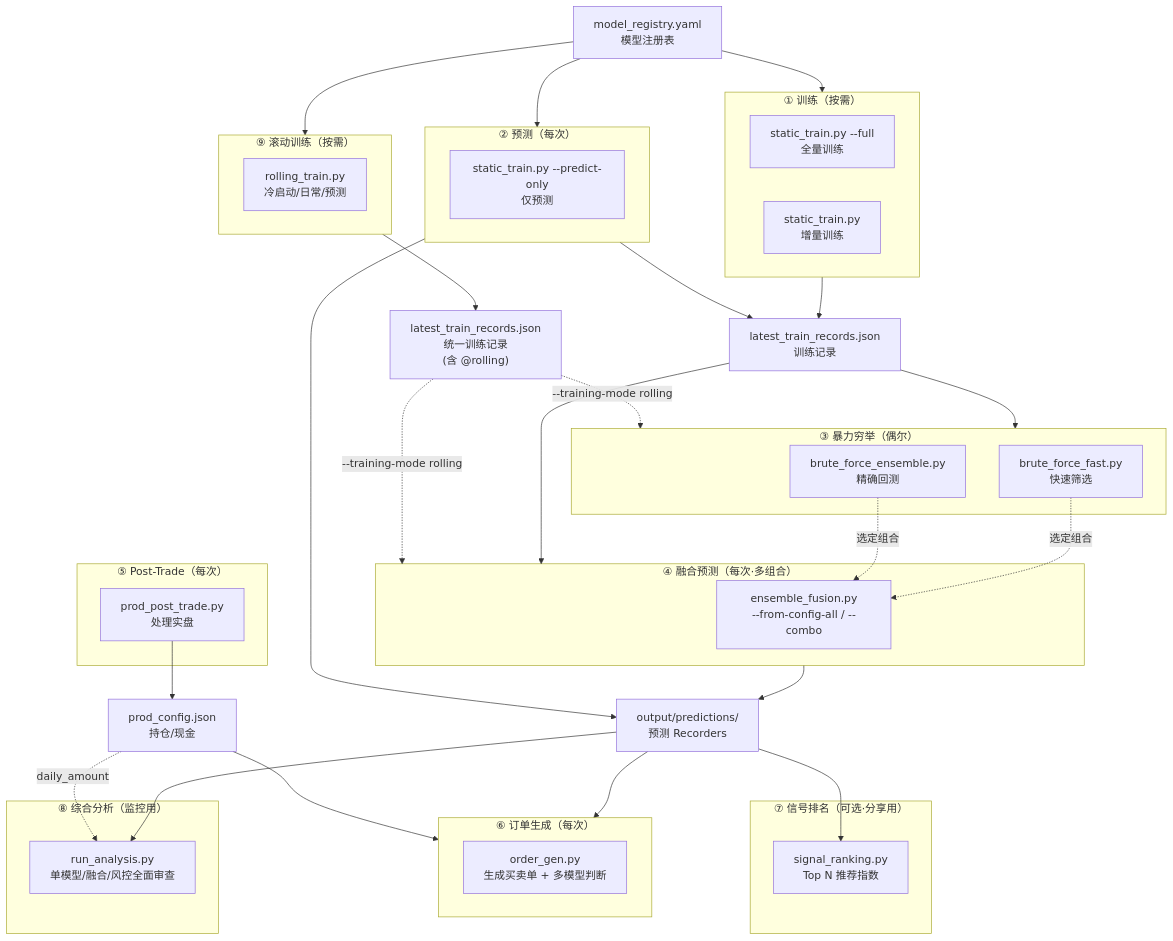
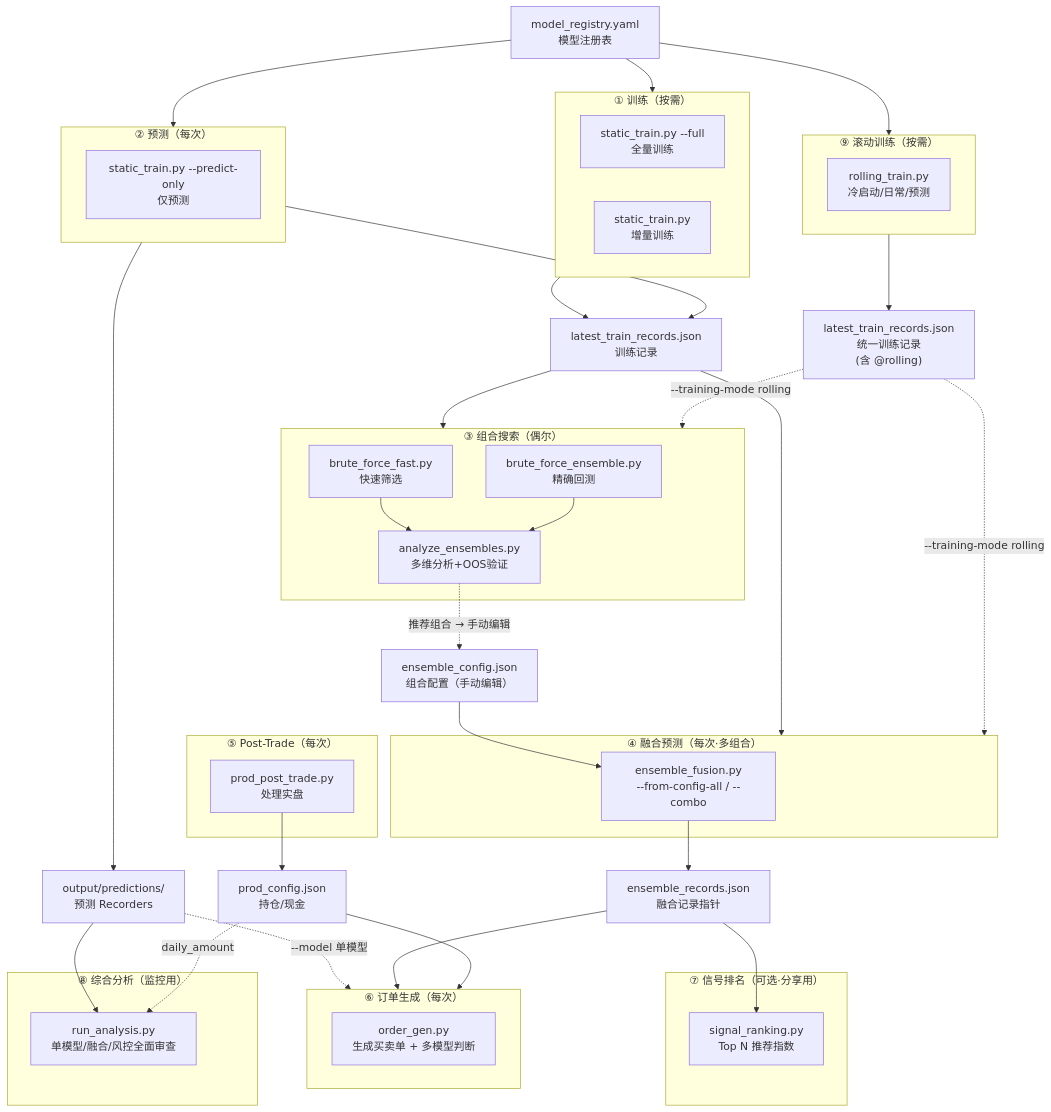
The diagram in docs/00_SYSTEM_OVERVIEW.md (HalcyonByh/QuantPits), drawn with Mermaid before and after one commit. The commit also changed other lines of this file and 11 other files, not shown here.

````diff
--- a/docs/00_SYSTEM_OVERVIEW.md
+++ b/docs/00_SYSTEM_OVERVIEW.md
@@ -46,67 +46,74 @@
 ```mermaid
 flowchart TB
     subgraph TRAIN["① 训练（按需）"]
         TP["static_train.py --full<br/>全量训练"]
         IT["static_train.py<br/>增量训练"]
     end
 
     subgraph ROLLING["⑨ 滚动训练（按需）"]
         RT["rolling_train.py<br/>冷启动/日常/预测"]
     end
 
     subgraph PREDICT["② 预测（每次）"]
         PO["static_train.py --predict-only<br/>仅预测"]
     end
 
-    subgraph BRUTEFORCE["③ 暴力穷举（偶尔）"]
+    subgraph SEARCH["③ 组合搜索（偶尔）"]
         BF["brute_force_ensemble.py<br/>精确回测"]
         BFF["brute_force_fast.py<br/>快速筛选"]
+        AE["analyze_ensembles.py<br/>多维分析+OOS验证"]
     end
+
+    EC["ensemble_config.json<br/>组合配置（手动编辑）"]
 
     subgraph FUSION["④ 融合预测（每次·多组合）"]
         EF["ensemble_fusion.py<br/>--from-config-all / --combo"]
     end
 
     subgraph POSTTRADE["⑤ Post-Trade（每次）"]
         PT["prod_post_trade.py<br/>处理实盘"]
     end
 
     subgraph ORDERGEN["⑥ 订单生成（每次）"]
         OG["order_gen.py<br/>生成买卖单 + 多模型判断"]
     end
 
     subgraph SIGNAL["⑦ 信号排名（可选·分享用）"]
         SR["signal_ranking.py<br/>Top N 推荐指数"]
     end
 
     subgraph ANALYSIS["⑧ 综合分析（监控用）"]
         AN["run_analysis.py<br/>单模型/融合/风控全面审查"]
     end
 
     REG["model_registry.yaml<br/>模型注册表"]
     LTR["latest_train_records.json<br/>训练记录"]
     LRR["latest_train_records.json<br/>统一训练记录<br/>(含 @rolling)"]
     PRED_REC["output/predictions/<br/>预测 Recorders"]
+    ER["ensemble_records.json<br/>融合记录指针"]
     WC["prod_config.json<br/>持仓/现金"]
 
     REG --> TRAIN
     REG --> PREDICT
     REG --> ROLLING
     TRAIN --> LTR
     PREDICT --> LTR
     ROLLING --> LRR
-    LTR --> BRUTEFORCE
+    LTR --> SEARCH
     LTR --> FUSION
-    LRR -.->|--training-mode rolling| BRUTEFORCE
+    LRR -.->|--training-mode rolling| SEARCH
     LRR -.->|--training-mode rolling| FUSION
-    FUSION --> PRED_REC
+    BFF --> AE
+    BF --> AE
+    AE -.->|推荐组合 → 手动编辑| EC
+    EC --> EF
     PREDICT --> PRED_REC
-    PRED_REC --> ORDERGEN
-    PRED_REC --> SR
+    PRED_REC -.->|--model 单模型| ORDERGEN
     PRED_REC --> AN
+    EF --> ER
+    ER --> ORDERGEN
+    ER --> SR
     PT --> WC
     WC --> ORDERGEN
     WC -.->|daily_amount| AN
-    BFF -.->|选定组合| EF
-    BF -.->|选定组合| EF
 ```
````
